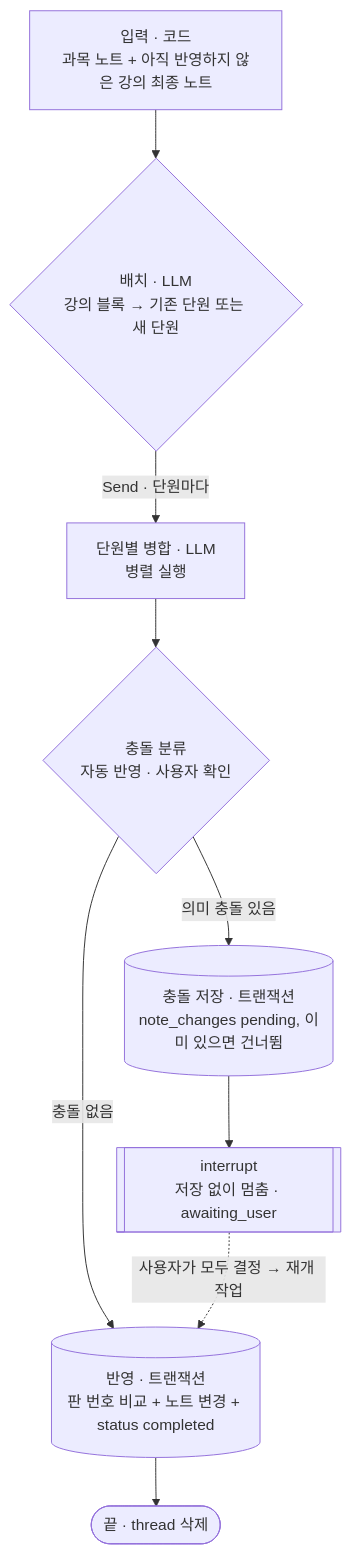
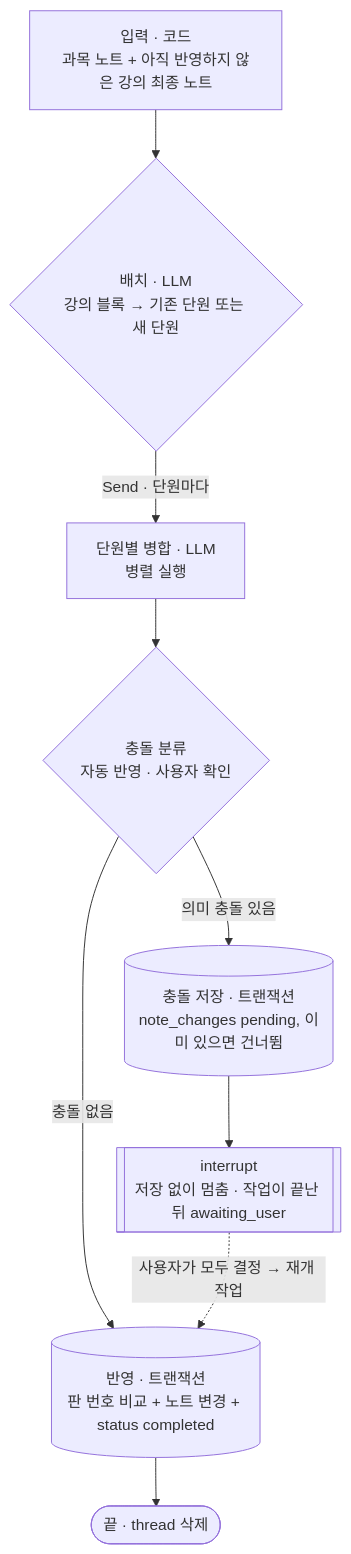
One commit to MinGyu-Kim0/notree changed the first of 2 diagrams in docs/schema-mvp.md. Above: the diagram before and after it, drawn with Mermaid. The commit also changed other lines of this file and 5 other files, not shown here.

````diff
--- a/docs/schema-mvp.md
+++ b/docs/schema-mvp.md
@@ -80,11 +80,11 @@
 ```mermaid
 flowchart TB
   IN[입력 · 코드<br/>과목 노트 + 아직 반영하지 않은 강의 최종 노트] --> PLAN{배치 · LLM<br/>강의 블록 → 기존 단원 또는 새 단원}
   PLAN -- Send · 단원마다 --> MERGE[단원별 병합 · LLM<br/>병렬 실행]
   MERGE --> CLS{충돌 분류<br/>자동 반영 · 사용자 확인}
   CLS -- 충돌 없음 --> APPLY[(반영 · 트랜잭션<br/>판 번호 비교 + 노트 변경 + status completed)]
   CLS -- 의미 충돌 있음 --> SAVE[(충돌 저장 · 트랜잭션<br/>note_changes pending, 이미 있으면 건너뜀)]
-  SAVE --> ASK[[interrupt<br/>저장 없이 멈춤 · awaiting_user]]
+  SAVE --> ASK[[interrupt<br/>저장 없이 멈춤 · 작업이 끝난 뒤 awaiting_user]]
   ASK -. 사용자가 모두 결정 → 재개 작업 .-> APPLY
   APPLY --> END([끝 · thread 삭제])
 ```
````
